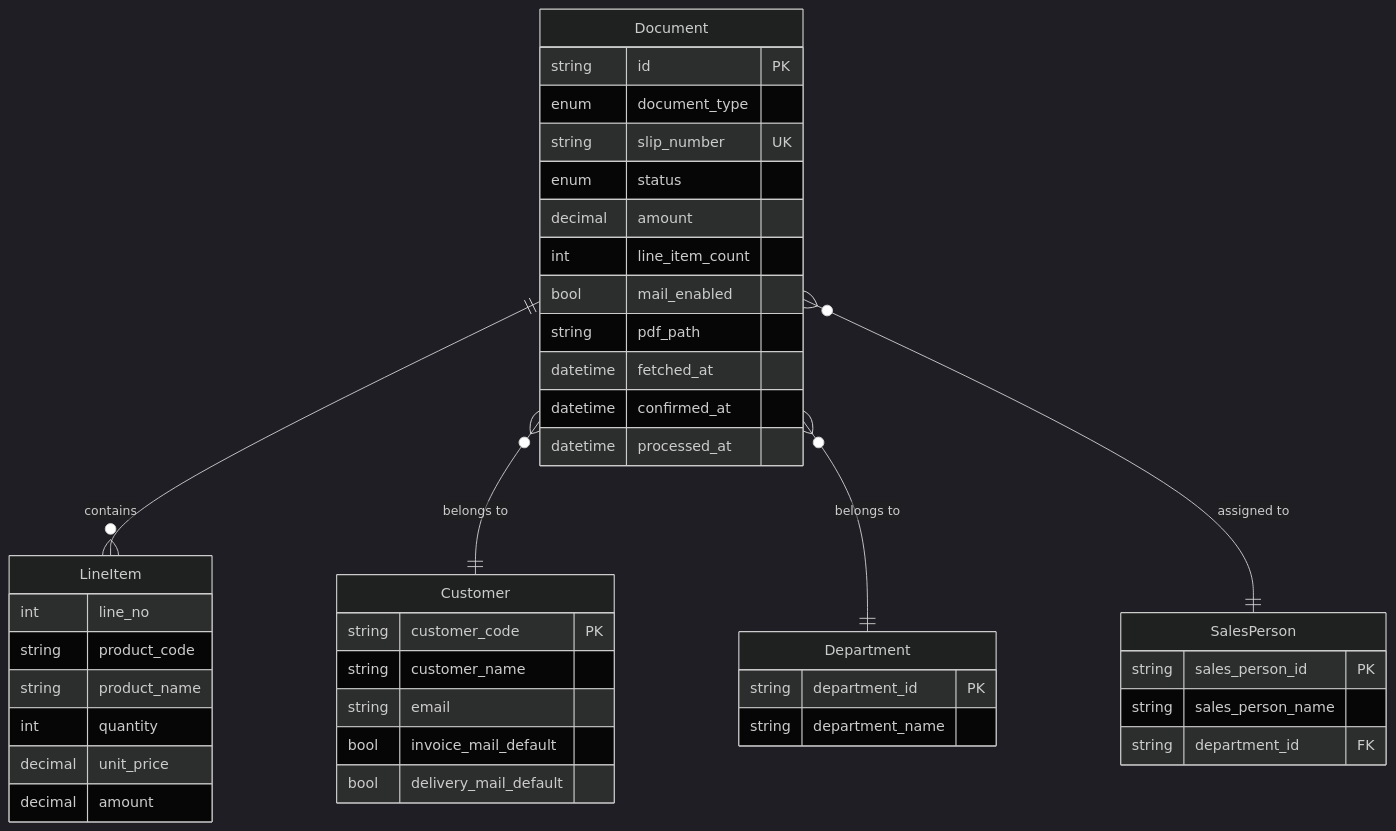
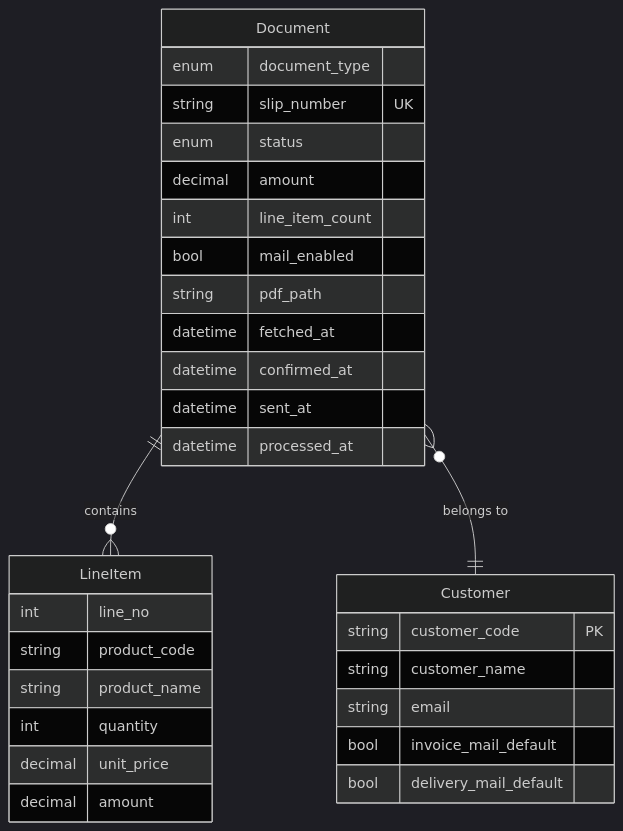
One commit to hogekof/tokaisteel-invoice-delivery-mail-system changed the seventh of 7 diagrams in .kiro/specs/invoice-delivery-mail-system/design.md. Above: the diagram before and after it, drawn with Mermaid (dark theme). The commit also changed other lines of this file and 4 other files, not shown here.

````diff
--- a/.kiro/specs/invoice-delivery-mail-system/design.md
+++ b/.kiro/specs/invoice-delivery-mail-system/design.md
@@ -1007,49 +1265,36 @@
 ```mermaid
 erDiagram
     Document ||--o{ LineItem : contains
     Document }o--|| Customer : "belongs to"
-    Document }o--|| Department : "belongs to"
-    Document }o--|| SalesPerson : "assigned to"
 
     Document {
-        string id PK
         enum document_type
         string slip_number UK
         enum status
         decimal amount
         int line_item_count
         bool mail_enabled
         string pdf_path
         datetime fetched_at
         datetime confirmed_at
+        datetime sent_at
         datetime processed_at
     }
 
     LineItem {
         int line_no
         string product_code
         string product_name
         int quantity
         decimal unit_price
         decimal amount
     }
 
     Customer {
         string customer_code PK
         string customer_name
         string email
         bool invoice_mail_default
         bool delivery_mail_default
     }
-
-    Department {
-        string department_id PK
-        string department_name
-    }
-
-    SalesPerson {
-        string sales_person_id PK
-        string sales_person_name
-        string department_id FK
-    }
 ```
````
